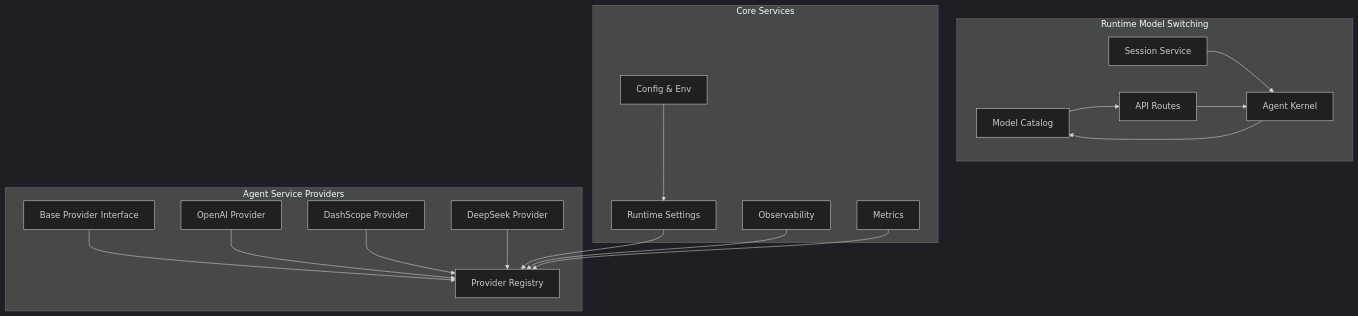
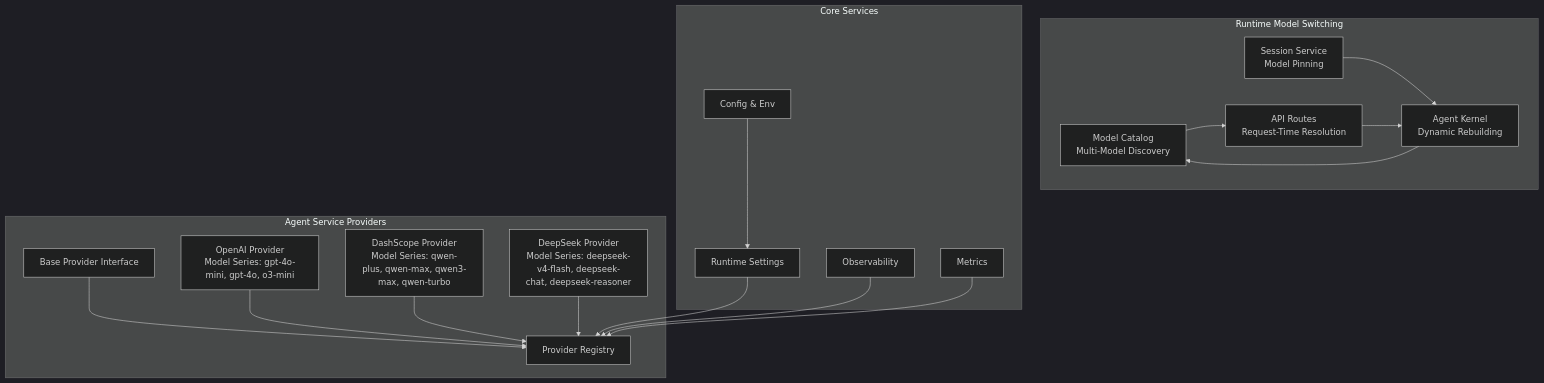
The first of 6 diagrams in .qoder/repowiki/en/content/Agent Platform Service/Provider Registry and Multi-Provider Support.md (metasync/luban-aiops), drawn with Mermaid (dark theme) before and after one commit. The commit also changed other lines of this file and 18 other files, not shown here.

````diff
--- a/.qoder/repowiki/en/content/Agent Platform Service/Provider Registry and Multi-Provider Support.md
+++ b/.qoder/repowiki/en/content/Agent Platform Service/Provider Registry and Multi-Provider Support.md
@@ -58,34 +58,34 @@
 ```mermaid
 graph TB
 subgraph "Agent Service Providers"
 Base["Base Provider Interface"]
 Reg["Provider Registry"]
-OAI["OpenAI Provider"]
-DS["DashScope Provider"]
-DK["DeepSeek Provider"]
+OAI["OpenAI Provider<br/>Model Series: gpt-4o-mini, gpt-4o, o3-mini"]
+DS["DashScope Provider<br/>Model Series: qwen-plus, qwen-max, qwen3-max, qwen-turbo"]
+DK["DeepSeek Provider<br/>Model Series: deepseek-v4-flash, deepseek-chat, deepseek-reasoner"]
 end
 subgraph "Runtime Model Switching"
-Catalog["Model Catalog"]
-SessionSvc["Session Service"]
-Kernel["Agent Kernel"]
-Routes["API Routes"]
+Catalog["Model Catalog<br/>Multi-Model Discovery"]
+SessionSvc["Session Service<br/>Model Pinning"]
+Kernel["Agent Kernel<br/>Dynamic Rebuilding"]
+Routes["API Routes<br/>Request-Time Resolution"]
 end
 subgraph "Core Services"
 Cfg["Config & Env"]
 Obs["Observability"]
 Met["Metrics"]
 RS["Runtime Settings"]
 end
 Base --> Reg
 OAI --> Reg
 DS --> Reg
 DK --> Reg
 Catalog --> Routes
 SessionSvc --> Kernel
 Routes --> Kernel
 Kernel --> Catalog
 Cfg --> RS
 RS --> Reg
 Obs --> Reg
 Met --> Reg
 ```
````
